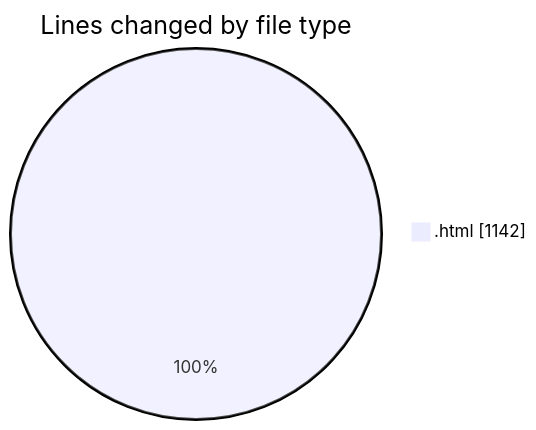
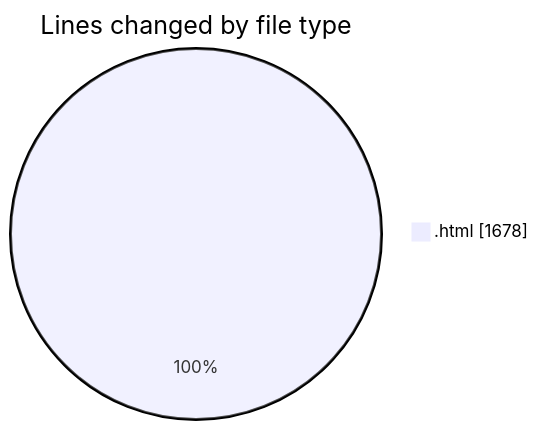
One commit to Ritupan-Deka/code-tracking changed the first of 2 diagrams in 2025-05-24/projects/README.md. Above: the diagram before and after it, drawn with Mermaid. The commit also changed other lines of this file and 1 other file, not shown here.

````diff
--- a/2025-05-24/projects/README.md
+++ b/2025-05-24/projects/README.md
@@ -20,5 +21,5 @@
 ```mermaid
 pie showData
 title Lines changed by file type
-".html" : 1142
+".html" : 1678
 ```
````
